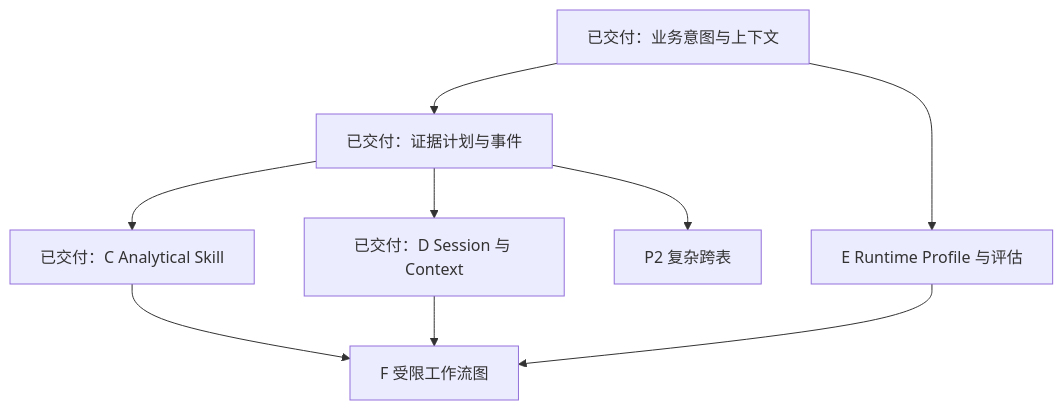
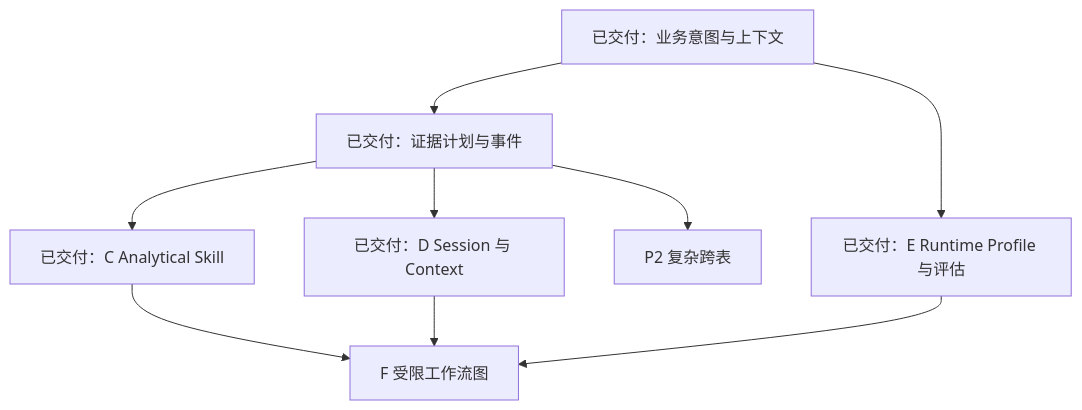
One commit to LeoSasion/ontology-frontend-framework-type-c changed the second of 2 diagrams in docs/development-roadmap.md. Above: the diagram before and after it, drawn with Mermaid. The commit also changed other lines of this file and 34 other files, not shown here.

````diff
--- a/docs/development-roadmap.md
+++ b/docs/development-roadmap.md
@@ -175,11 +162,11 @@
 ```mermaid
 flowchart TD
   A["已交付：业务意图与上下文"] --> B["已交付：证据计划与事件"]
   B --> C["已交付：C Analytical Skill"]
   B --> D["已交付：D Session 与 Context"]
-  A --> E["E Runtime Profile 与评估"]
+  A --> E["已交付：E Runtime Profile 与评估"]
   C --> F["F 受限工作流图"]
   D --> F
   E --> F
   B --> X["P2 复杂跨表"]
 ```
````
